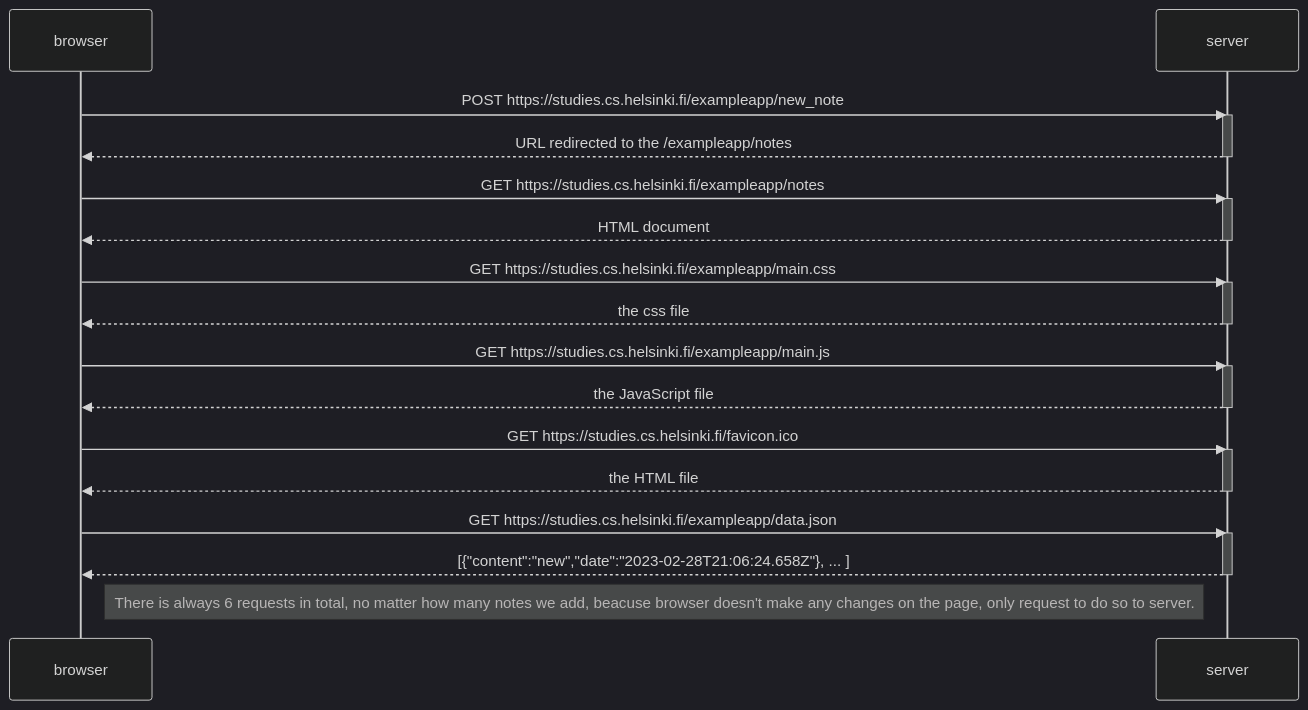
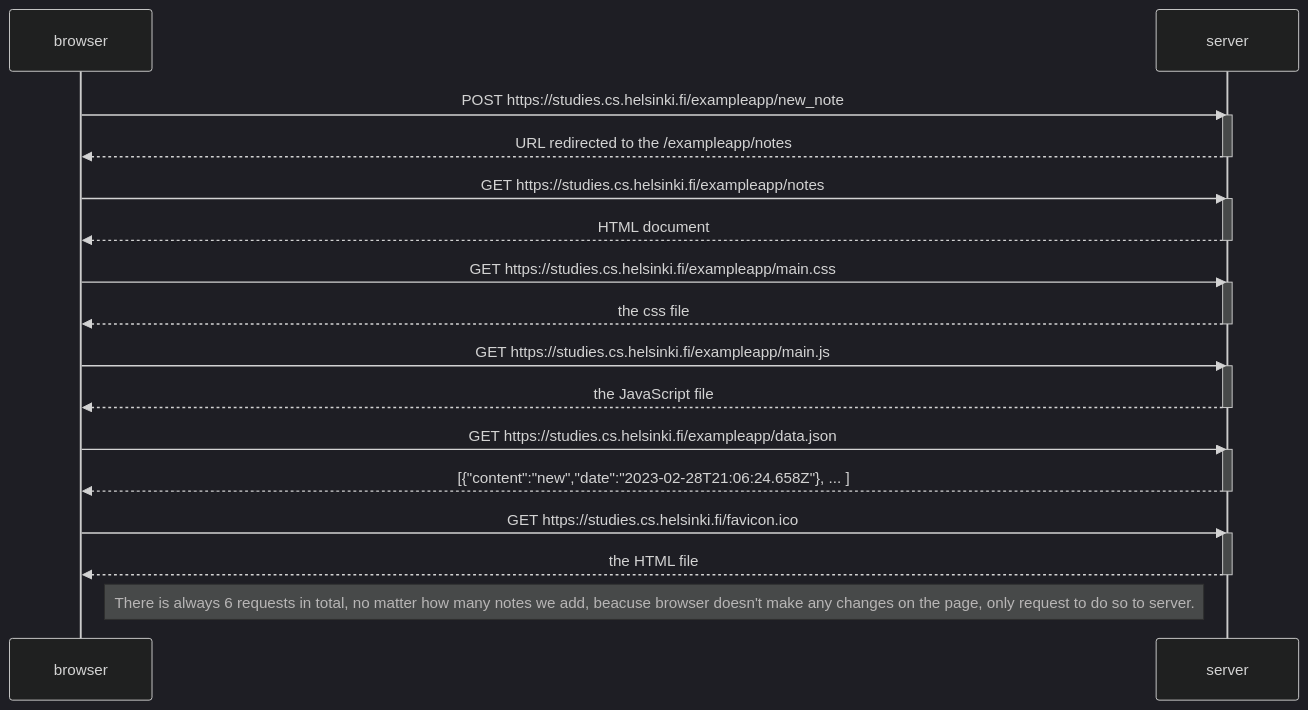
The diagram in 04.md (pypcio/part0), drawn with Mermaid (dark theme) before and after one commit.

Commit message:
04.md fixed

````diff
--- a/04.md
+++ b/04.md
@@ -1,38 +1,37 @@
 ```mermaid
 sequenceDiagram
     participant browser
     participant server
 
     browser->>server: POST https://studies.cs.helsinki.fi/exampleapp/new_note
     activate server
     server-->>browser: URL redirected to the /exampleapp/notes
     deactivate server
 
     browser->>server: GET https://studies.cs.helsinki.fi/exampleapp/notes
     activate server
     server-->>browser: HTML document
     deactivate server
 
     browser->>server: GET https://studies.cs.helsinki.fi/exampleapp/main.css
     activate server
     server-->>browser: the css file
     deactivate server
 
     browser->>server: GET https://studies.cs.helsinki.fi/exampleapp/main.js
     activate server
     server-->>browser: the JavaScript file
     deactivate server
 
-    browser->>server: GET https://studies.cs.helsinki.fi/favicon.ico
-    activate server
-    server-->>browser: the HTML file
-    deactivate server
-
-
     browser->>server: GET https://studies.cs.helsinki.fi/exampleapp/data.json
     activate server
     server-->>browser: [{"content":"new","date":"2023-02-28T21:06:24.658Z"}, ... ]
     deactivate server
 
+browser->>server: GET https://studies.cs.helsinki.fi/favicon.ico
+    activate server
+    server-->>browser: the HTML file
+    deactivate server
+
     Note right of browser: There is always 6 requests in total, no matter how many notes we add, beacuse browser doesn't make any changes on the page, only request to do so to server.
 ```
````
